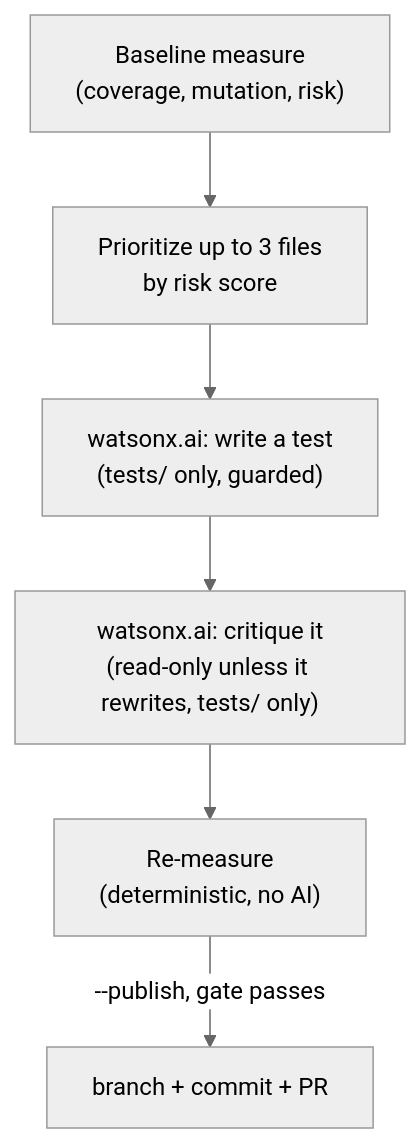
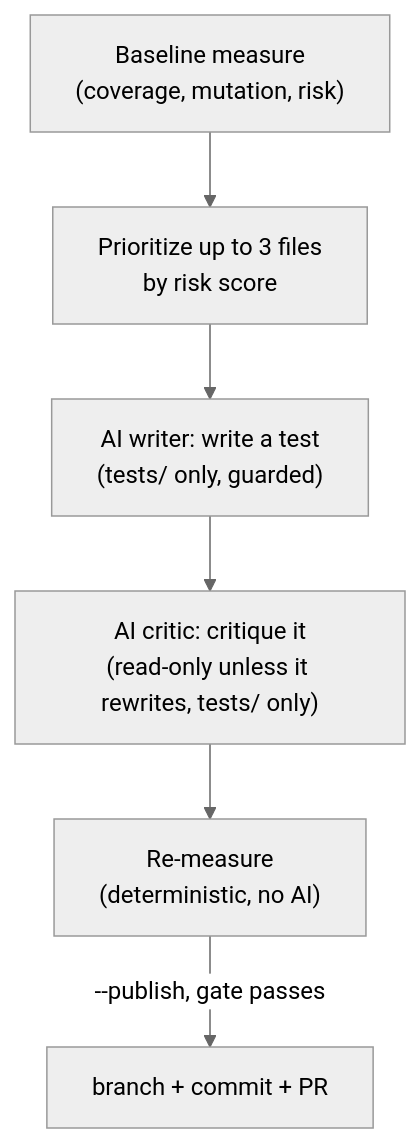
Before and after one commit to agustindiazcano/ibm-bob-mcp-agent-guard: the second of 2 diagrams in README.md, drawn with Mermaid (neutral theme). The commit also changed other lines of this file, not shown here.

First line of the commit message:
docs(readme): English only, fix broken links, Vertex as default, "At a glance" section

````diff
--- a/README.md
+++ b/README.md
@@ -145,9 +178,9 @@
 ```mermaid
 flowchart TB
     B["Baseline measure<br/>(coverage, mutation, risk)"]
     B --> P["Prioritize up to 3 files<br/>by risk score"]
-    P --> W["watsonx.ai: write a test<br/>(tests/ only, guarded)"]
-    W --> C["watsonx.ai: critique it<br/>(read-only unless it rewrites, tests/ only)"]
+    P --> W["AI writer: write a test<br/>(tests/ only, guarded)"]
+    W --> C["AI critic: critique it<br/>(read-only unless it rewrites, tests/ only)"]
     C --> G["Re-measure<br/>(deterministic, no AI)"]
     G -->|"--publish, gate passes"| PR["branch + commit + PR"]
 ```
````
